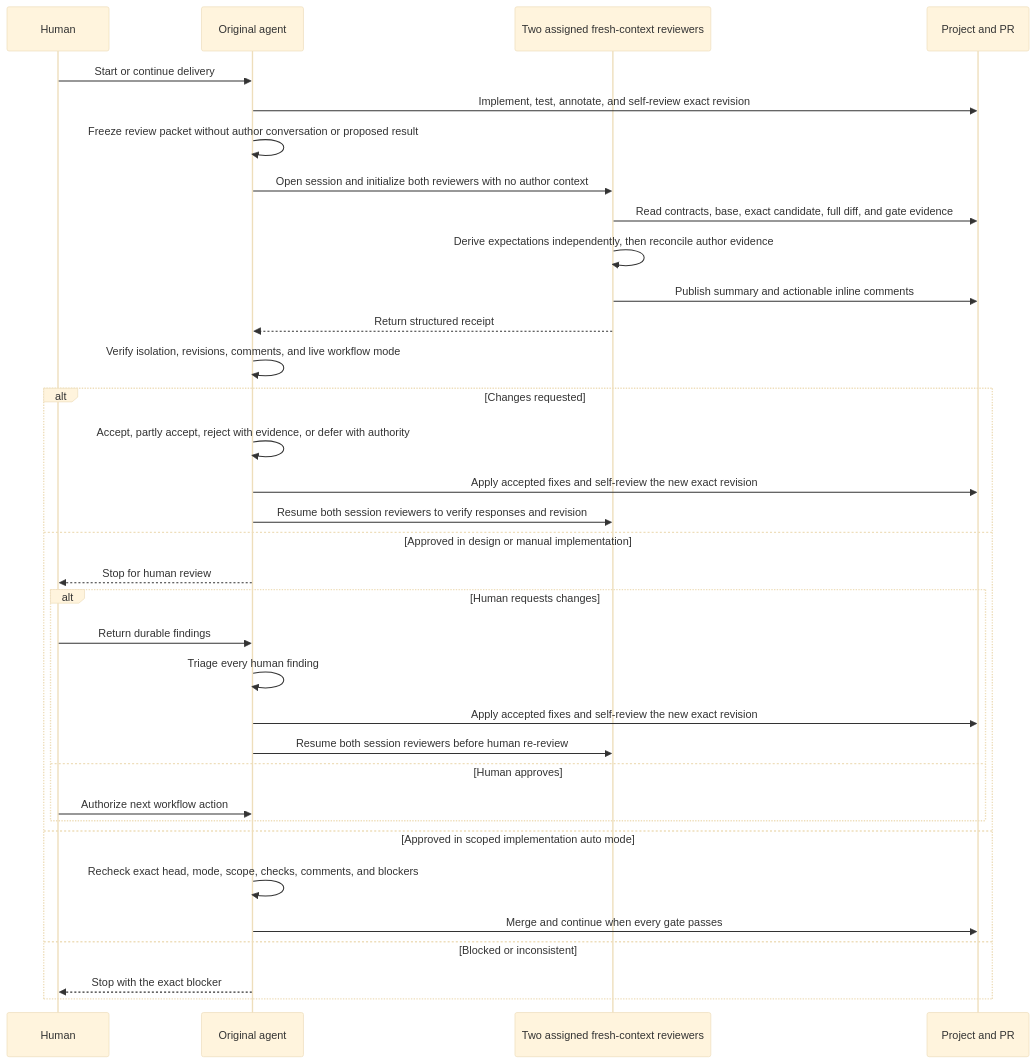
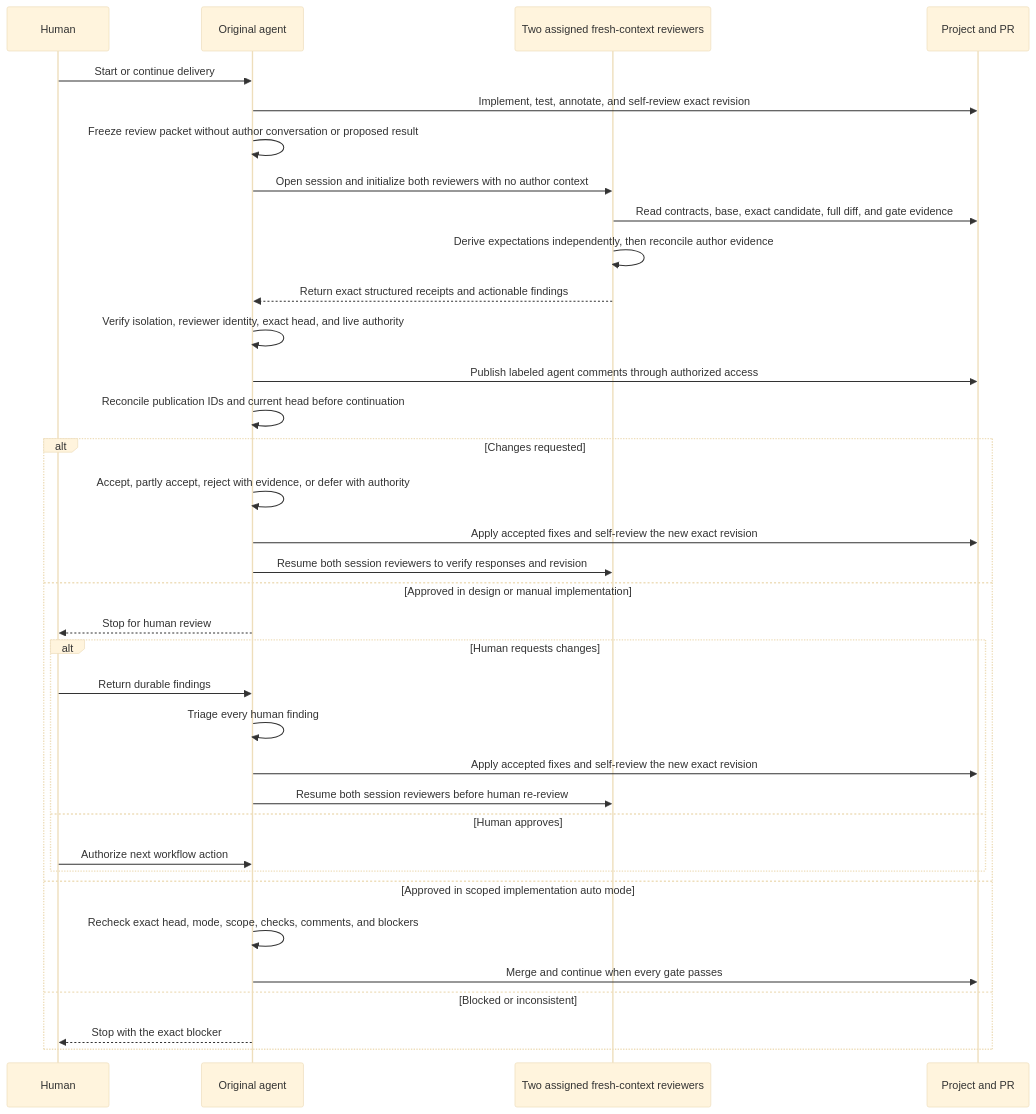
The fourth of 4 diagrams in README.md (hhhhhusky777/spec-driven-delivery-playbook), drawn with Mermaid (base theme) before and after one commit. The commit also changed other lines of this file and 57 other files, not shown here.

````diff
--- a/README.md
+++ b/README.md
@@ -717,37 +729,38 @@
 ```mermaid
 sequenceDiagram
     participant U as Human
     participant A as Original agent
     participant R as Two assigned fresh-context reviewers
     participant P as Project and PR
 
     U->>A: Start or continue delivery
     A->>P: Implement, test, annotate, and self-review exact revision
     A->>A: Freeze review packet without author conversation or proposed result
     A->>R: Open session and initialize both reviewers with no author context
     R->>P: Read contracts, base, exact candidate, full diff, and gate evidence
     R->>R: Derive expectations independently, then reconcile author evidence
-    R->>P: Publish summary and actionable inline comments
-    R-->>A: Return structured receipt
-    A->>A: Verify isolation, revisions, comments, and live workflow mode
+    R-->>A: Return exact structured receipts and actionable findings
+    A->>A: Verify isolation, reviewer identity, exact head, and live authority
+    A->>P: Publish labeled agent comments through authorized access
+    A->>A: Reconcile publication IDs and current head before continuation
     alt Changes requested
         A->>A: Accept, partly accept, reject with evidence, or defer with authority
         A->>P: Apply accepted fixes and self-review the new exact revision
         A->>R: Resume both session reviewers to verify responses and revision
     else Approved in design or manual implementation
         A-->>U: Stop for human review
         alt Human requests changes
             U->>A: Return durable findings
             A->>A: Triage every human finding
             A->>P: Apply accepted fixes and self-review the new exact revision
             A->>R: Resume both session reviewers before human re-review
         else Human approves
             U->>A: Authorize next workflow action
         end
     else Approved in scoped implementation auto mode
         A->>A: Recheck exact head, mode, scope, checks, comments, and blockers
         A->>P: Merge and continue when every gate passes
     else Blocked or inconsistent
         A-->>U: Stop with the exact blocker
     end
 ```
````
